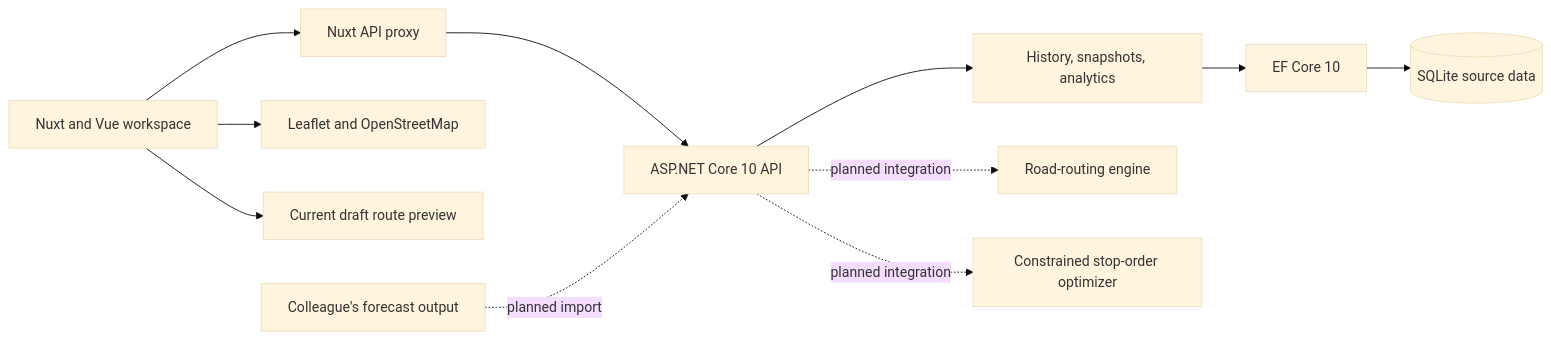
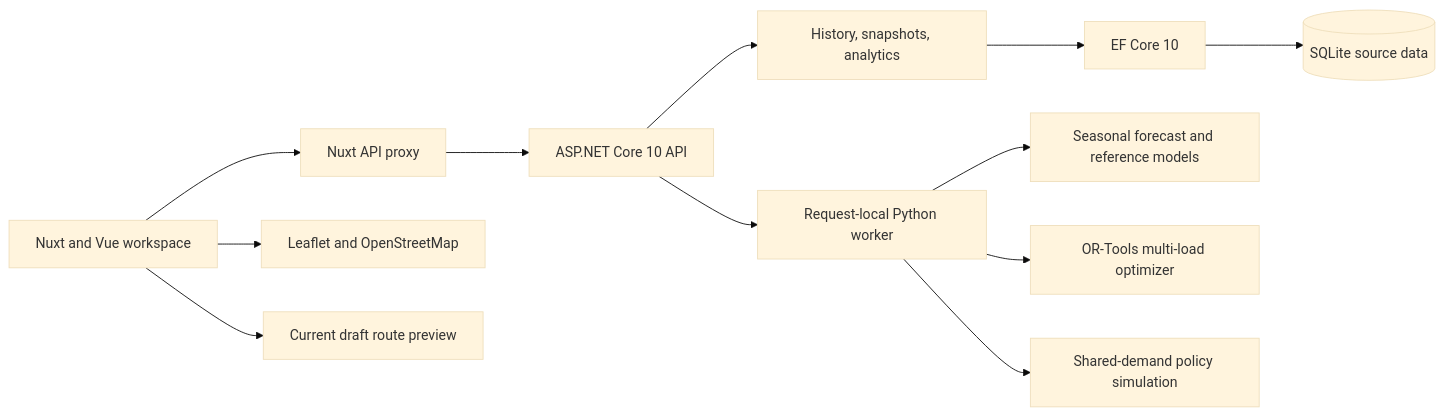
One commit to maslahre42/Clustering_Predication- changed the diagram in Solution/PROJECT_IDEA.md. Above: the diagram before and after it, drawn with Mermaid (base theme). The commit also changed other lines of this file and 27 other files, not shown here.

````diff
--- a/Solution/PROJECT_IDEA.md
+++ b/Solution/PROJECT_IDEA.md
@@ -165,13 +165,14 @@
 ```mermaid
 flowchart LR
     Browser[Nuxt and Vue workspace] --> Proxy[Nuxt API proxy]
     Proxy --> API[ASP.NET Core 10 API]
     API --> Rules[History, snapshots, analytics]
     Rules --> EF[EF Core 10]
     EF --> SQLite[(SQLite source data)]
     Browser --> Map[Leaflet and OpenStreetMap]
     Browser --> Preview[Current draft route preview]
-    Forecast[Colleague's forecast output] -. planned import .-> API
-    API -. planned integration .-> Router[Road-routing engine]
-    API -. planned integration .-> Optimizer[Constrained stop-order optimizer]
+    API --> Worker[Request-local Python worker]
+    Worker --> Forecast[Seasonal forecast and reference models]
+    Worker --> Optimizer[OR-Tools multi-load optimizer]
+    Worker --> Simulation[Shared-demand policy simulation]
 ```
````
